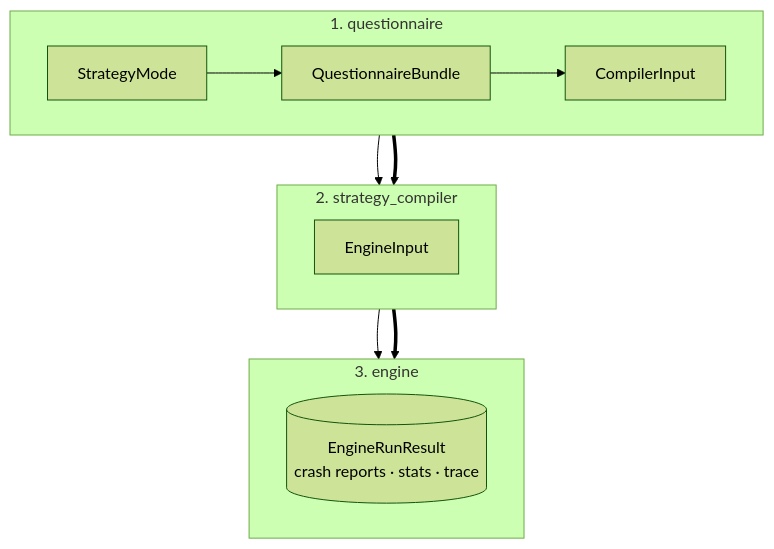
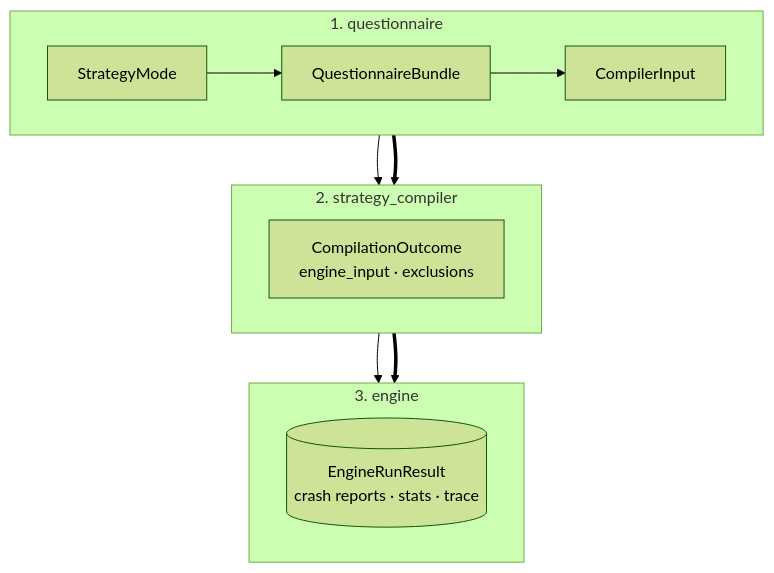
Before and after one commit to Spec-Forge-Testing/specforge-docs: the first of 2 diagrams in docs/modules/custom-schemathesis/reference.md, drawn with Mermaid (forest theme). The commit also changed other lines of this file and 3 other files, not shown here.

First line of the commit message:
docs(custom-schemathesis): document partial compilation and the engine's honest signal

````diff
--- a/docs/modules/custom-schemathesis/reference.md
+++ b/docs/modules/custom-schemathesis/reference.md
@@ -8,21 +8,21 @@
 ```mermaid
 flowchart TD
     subgraph L1 ["1. questionnaire"]
         direction LR
         SM["StrategyMode"] --> QB["QuestionnaireBundle"]
         QB --> CI["CompilerInput"]
     end
 
     subgraph L2 ["2. strategy_compiler"]
         direction LR
-        CI --> EI["EngineInput"]
+        CI --> CO["CompilationOutcome<br/>engine_input · exclusions"]
     end
 
     subgraph L3 ["3. engine"]
         direction LR
-        EI --> ERR[("EngineRunResult<br/>crash reports · stats · trace")]
+        CO --> ERR[("EngineRunResult<br/>crash reports · stats · trace")]
     end
 
     L1 ==> L2
     L2 ==> L3
 ```
````
